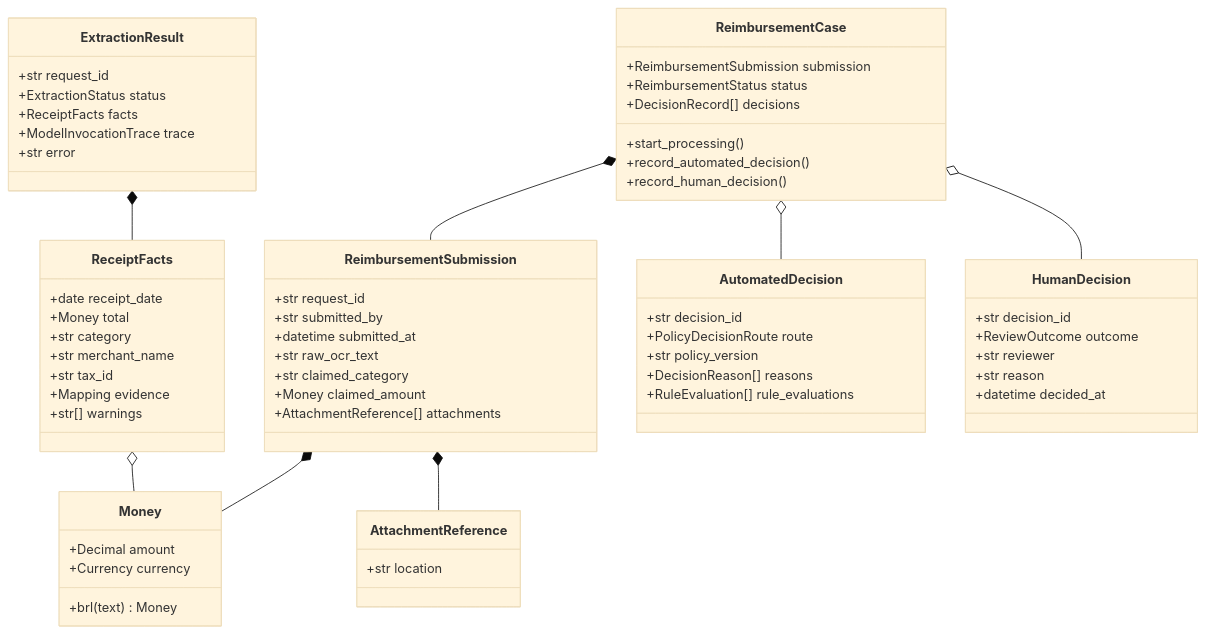
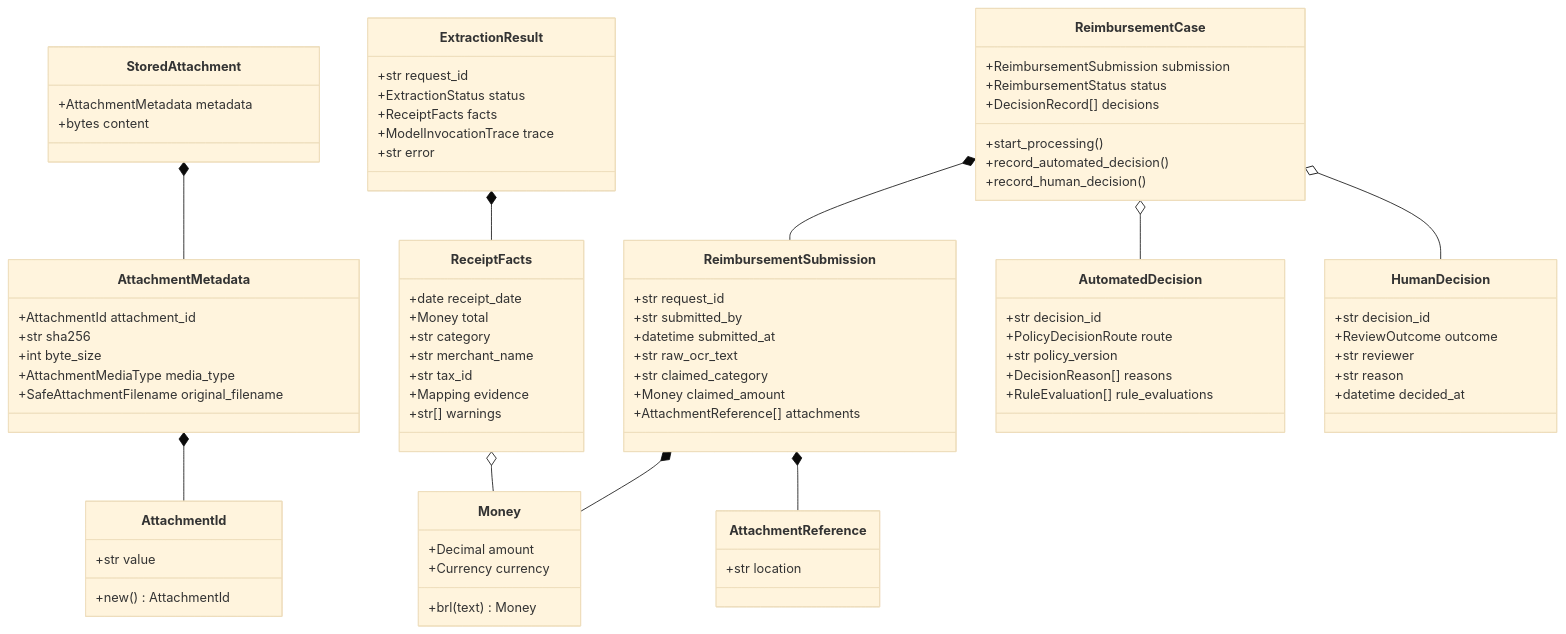
The first of 5 diagrams in docs/domain-model.md (Dev-Luigy/automation_luigygabriel), drawn with Mermaid (base theme) before and after one commit. The commit also changed other lines of this file and 10 other files, not shown here.

Commit message:
docs: align architecture and traceability model

```diff
--- a/docs/domain-model.md
+++ b/docs/domain-model.md
@@ -16,6 +16,21 @@
     }
     class AttachmentReference {
         +str location
+    }
+    class AttachmentId {
+        +str value
+        +new() AttachmentId
+    }
+    class AttachmentMetadata {
+        +AttachmentId attachment_id
+        +str sha256
+        +int byte_size
+        +AttachmentMediaType media_type
+        +SafeAttachmentFilename original_filename
+    }
+    class StoredAttachment {
+        +AttachmentMetadata metadata
+        +bytes content
     }
     class ReimbursementSubmission {
         +str request_id
@@ -67,6 +82,8 @@
 
     ReimbursementSubmission *-- Money
     ReimbursementSubmission *-- AttachmentReference
+    AttachmentMetadata *-- AttachmentId
+    StoredAttachment *-- AttachmentMetadata
     ReimbursementCase *-- ReimbursementSubmission
     ReimbursementCase o-- AutomatedDecision
     ReimbursementCase o-- HumanDecision
```
